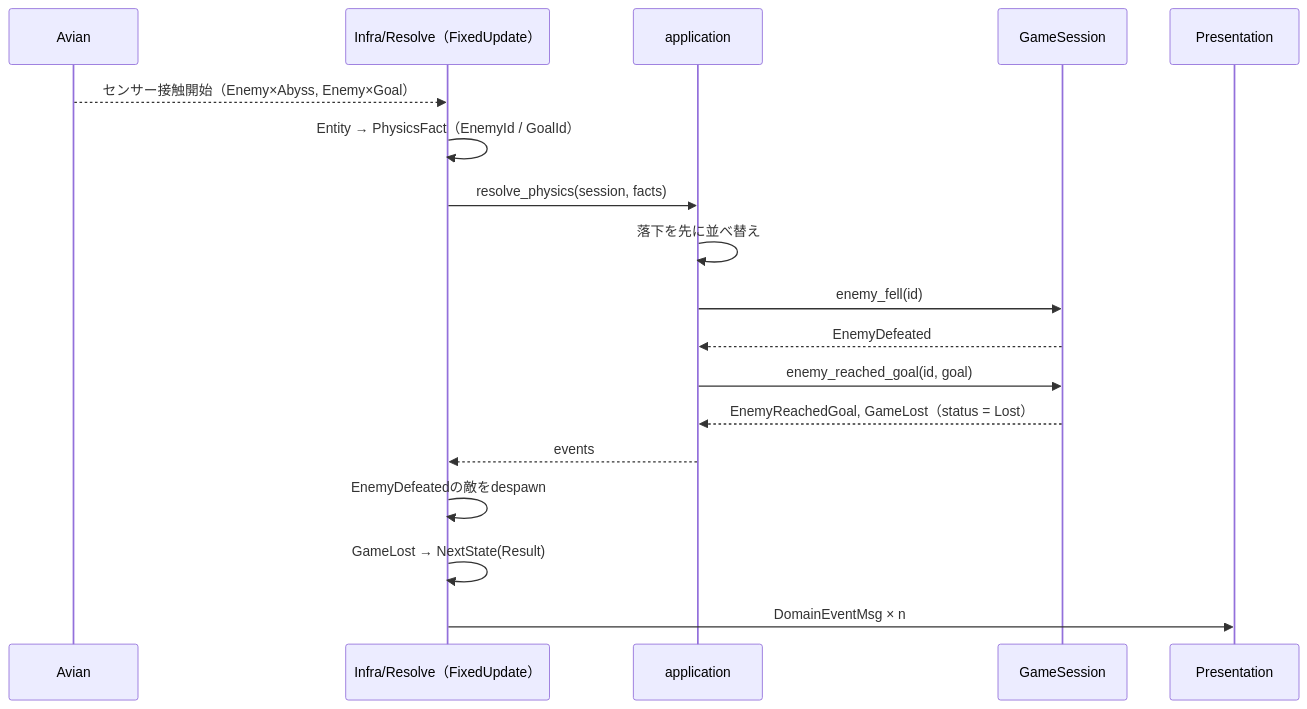
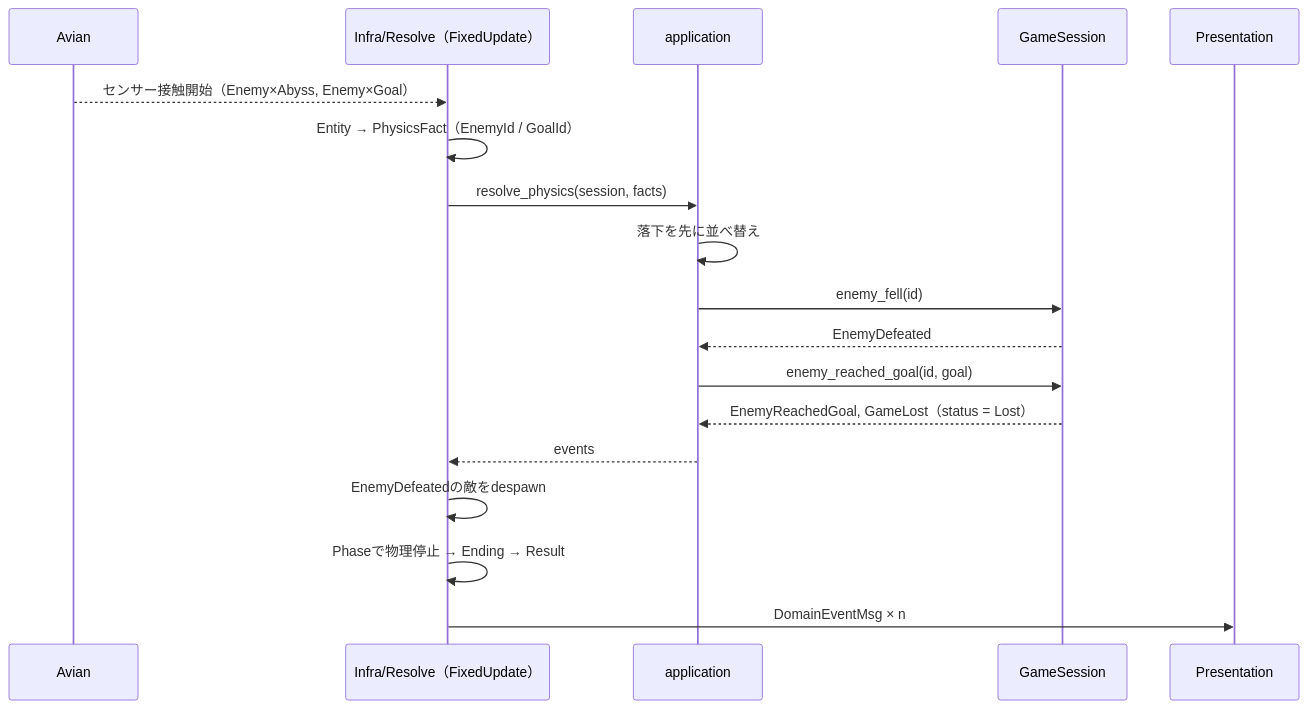
Before and after one commit to ukihot/nudra: the eighth of 8 diagrams in docs/basic-design.md, drawn with Mermaid. The commit also changed other lines of this file and 34 other files, not shown here.

````diff
--- a/docs/basic-design.md
+++ b/docs/basic-design.md
@@ -1306,20 +1664,20 @@
 ```mermaid
 sequenceDiagram
     participant Av as Avian
     participant Res as Infra/Resolve（FixedUpdate）
     participant App as application
     participant S as GameSession
     participant Fb as Presentation
     Av-->>Res: センサー接触開始（Enemy×Abyss, Enemy×Goal）
     Res->>Res: Entity → PhysicsFact（EnemyId / GoalId）
     Res->>App: resolve_physics(session, facts)
     App->>App: 落下を先に並べ替え
     App->>S: enemy_fell(id)
     S-->>App: EnemyDefeated
     App->>S: enemy_reached_goal(id, goal)
     S-->>App: EnemyReachedGoal, GameLost（status = Lost）
     App-->>Res: events
     Res->>Res: EnemyDefeatedの敵をdespawn
-    Res->>Res: GameLost → NextState(Result)
+    Res->>Res: Phaseで物理停止 → Ending → Result
     Res->>Fb: DomainEventMsg × n
 ```
````
